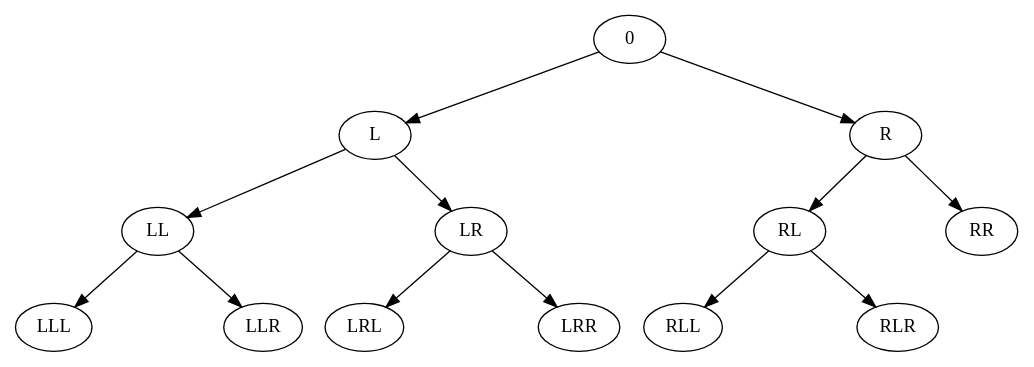
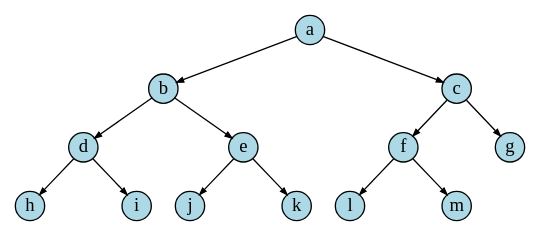
Before and after one commit to DaveParillo/intermediate-cpp: the third of 5 diagrams in _sources/containers/associative-containers.rst, drawn with Graphviz. The commit also changed other lines of this file, not shown here.

Commit message:
added tree

```diff
--- a/_sources/containers/associative-containers.rst
+++ b/_sources/containers/associative-containers.rst
@@ -142,35 +142,26 @@
 .. digraph:: larger
 
-   splines=line
-   style=invis
-   edge [weight=1]
-   LLL
-   LLM [style=invis]
-   LLR
-   LL->LLL
-   LL->LLM [style=invis weight=100]
-   LL->LLR
-   LM [style=invis]
-   LRL
-   LRM [style=invis]
-   LRR
-   LR->LRL
-   LR->LRM [style=invis weight=100]
-   LR->LRR
-   L->LL
-   L->LM [style=invis weight=100]
-   L->LR
-   M [style=invis]
-   RLL
-   RLM [style=invis]
-   RLR
-   RL->RLL
-   RL->RLM [style=invis weight=100]
-  RL->RLR
-   RM [style=invis]
-   R->RL
-   R->RM [style=invis weight=100]
-   R->RR
-   0->L
-   0->M [style=invis weight=100]
-   0->R
+   graph[nodesep=0.25, ranksep=0.3, splines=line];
+   node [fontname = "Bitstream Vera Sans", fontsize=14,
+         style=filled, fillcolor=lightblue,
+         shape=circle, fixedsize=true, width=0.3];
+   edge [weight=1, arrowsize=0.5];
+
+   a, b, am, c, d, bm, e, f, cm, g, h, dm, i, j, em, k, l, fm, m;
+   am, bm, cm, dm, em, fm [style=invis, label=""];
+
+   a->b,c;
+   b->d [weight=2]; // nudge b: trees b & c are not balanced
+   b->e;
+   c->f,g;
+   d->h,i;
+   e->j,k;
+   f->l,m;
+
+   edge [style=invis, weight=100];
+   d->dm; 
+   e->em;
+   b->bm;
+   f->fm;
+   c->cm;
+   a->am;
```
